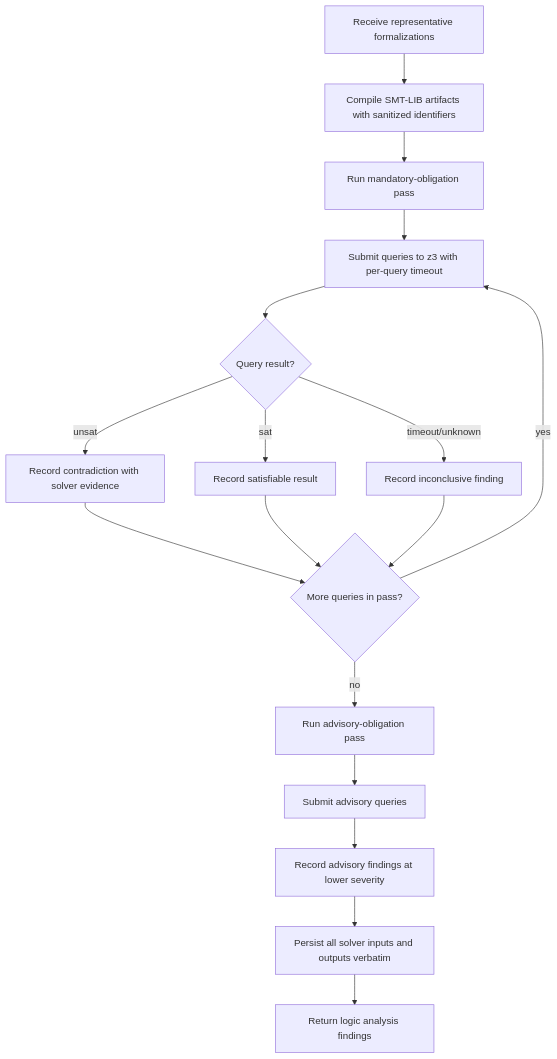
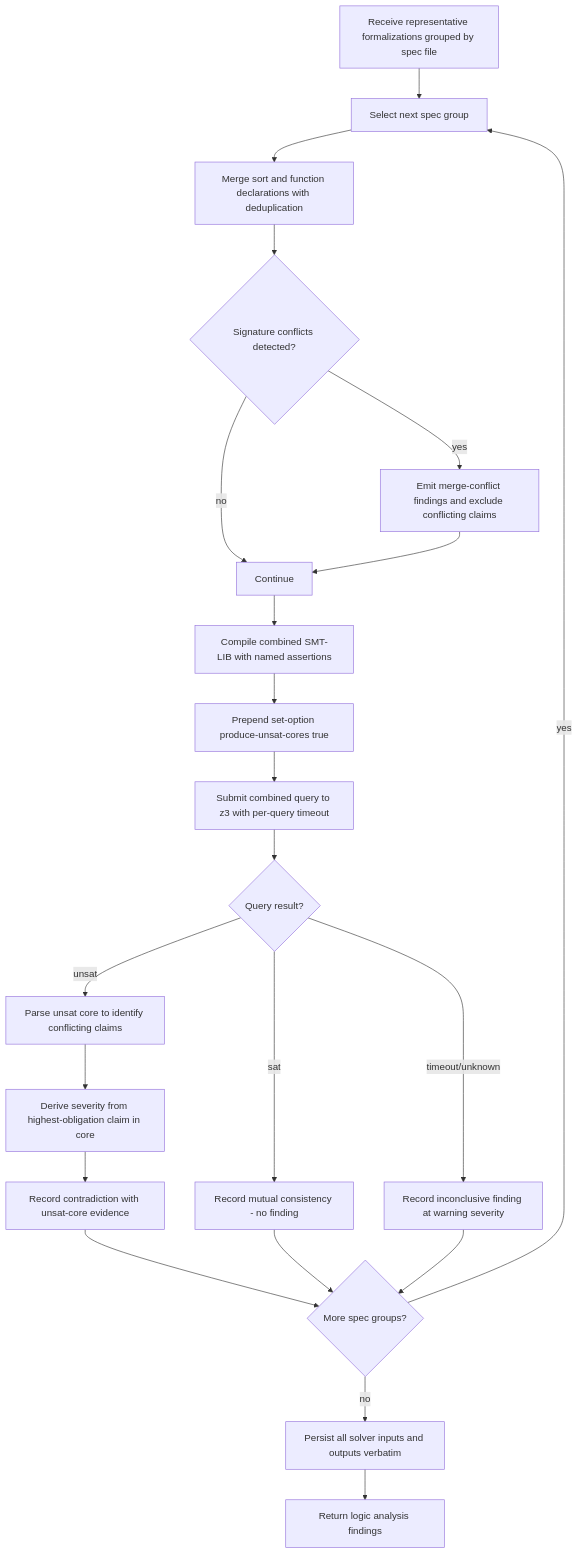
One commit to ohpauleez/spec-check changed diagram 14 of 21 in openspec/changes/spec-check-core/design.md. Above: the diagram before and after it, drawn with Mermaid. The commit also changed other lines of this file and 12 other files, not shown here.

Commit message:
WIP: Update SMT-based analysis to produce a single smtlib file per spec

````diff
--- a/openspec/changes/spec-check-core/design.md
+++ b/openspec/changes/spec-check-core/design.md
@@ -469,19 +469,24 @@
 ```mermaid
 flowchart TD
-    A[Receive representative formalizations] --> B[Compile SMT-LIB artifacts with sanitized identifiers]
-    B --> C[Run mandatory-obligation pass]
-    C --> D[Submit queries to z3 with per-query timeout]
-    D --> E{Query result?}
-    E -- unsat --> F[Record contradiction with solver evidence]
-    E -- sat --> G[Record satisfiable result]
-    E -- timeout/unknown --> H[Record inconclusive finding]
-    F --> I{More queries in pass?}
-    G --> I
-    H --> I
-    I -- yes --> D
-    I -- no --> J[Run advisory-obligation pass]
-    J --> K[Submit advisory queries]
-    K --> L[Record advisory findings at lower severity]
-    L --> M[Persist all solver inputs and outputs verbatim]
-    M --> N[Return logic analysis findings]
+    A[Receive representative formalizations grouped by spec file] --> B[Select next spec group]
+    B --> C[Merge sort and function declarations with deduplication]
+    C --> D{Signature conflicts detected?}
+    D -- yes --> E[Emit merge-conflict findings and exclude conflicting claims]
+    D -- no --> F[Continue]
+    E --> F
+    F --> G[Compile combined SMT-LIB with named assertions]
+    G --> H[Prepend set-option produce-unsat-cores true]
+    H --> I[Submit combined query to z3 with per-query timeout]
+    I --> J{Query result?}
+    J -- unsat --> K[Parse unsat core to identify conflicting claims]
+    K --> L[Derive severity from highest-obligation claim in core]
+    L --> M[Record contradiction with unsat-core evidence]
+    J -- sat --> N[Record mutual consistency - no finding]
+    J -- timeout/unknown --> O[Record inconclusive finding at warning severity]
+    M --> P{More spec groups?}
+    N --> P
+    O --> P
+    P -- yes --> B
+    P -- no --> Q[Persist all solver inputs and outputs verbatim]
+    Q --> R[Return logic analysis findings]
 ```
````
